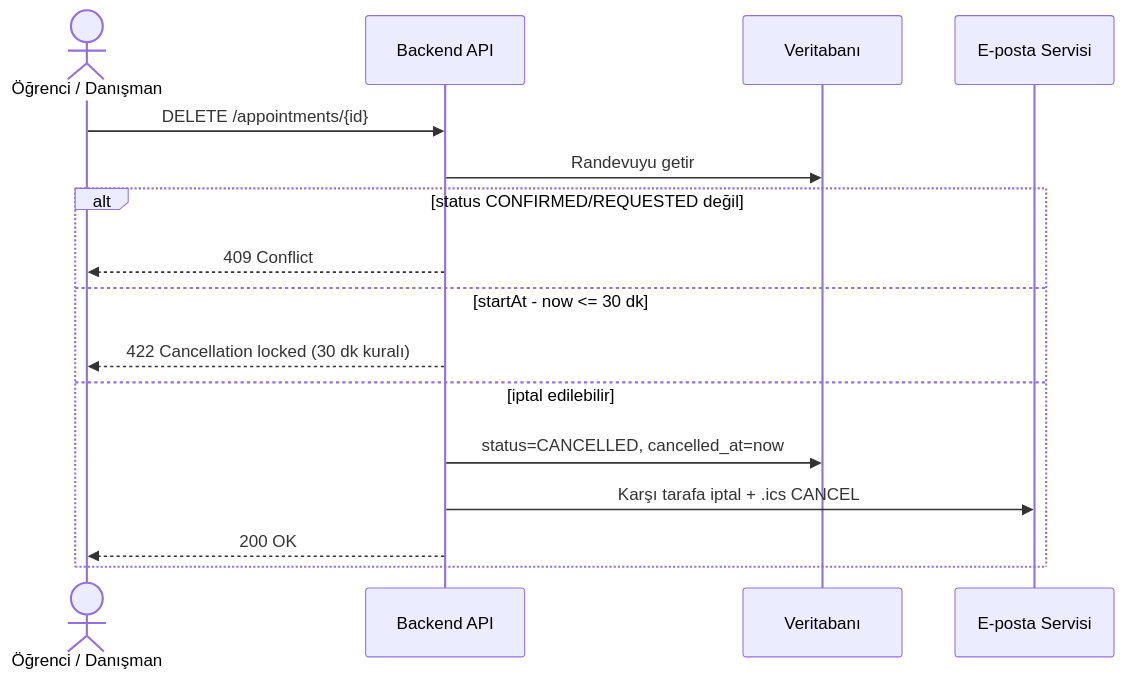
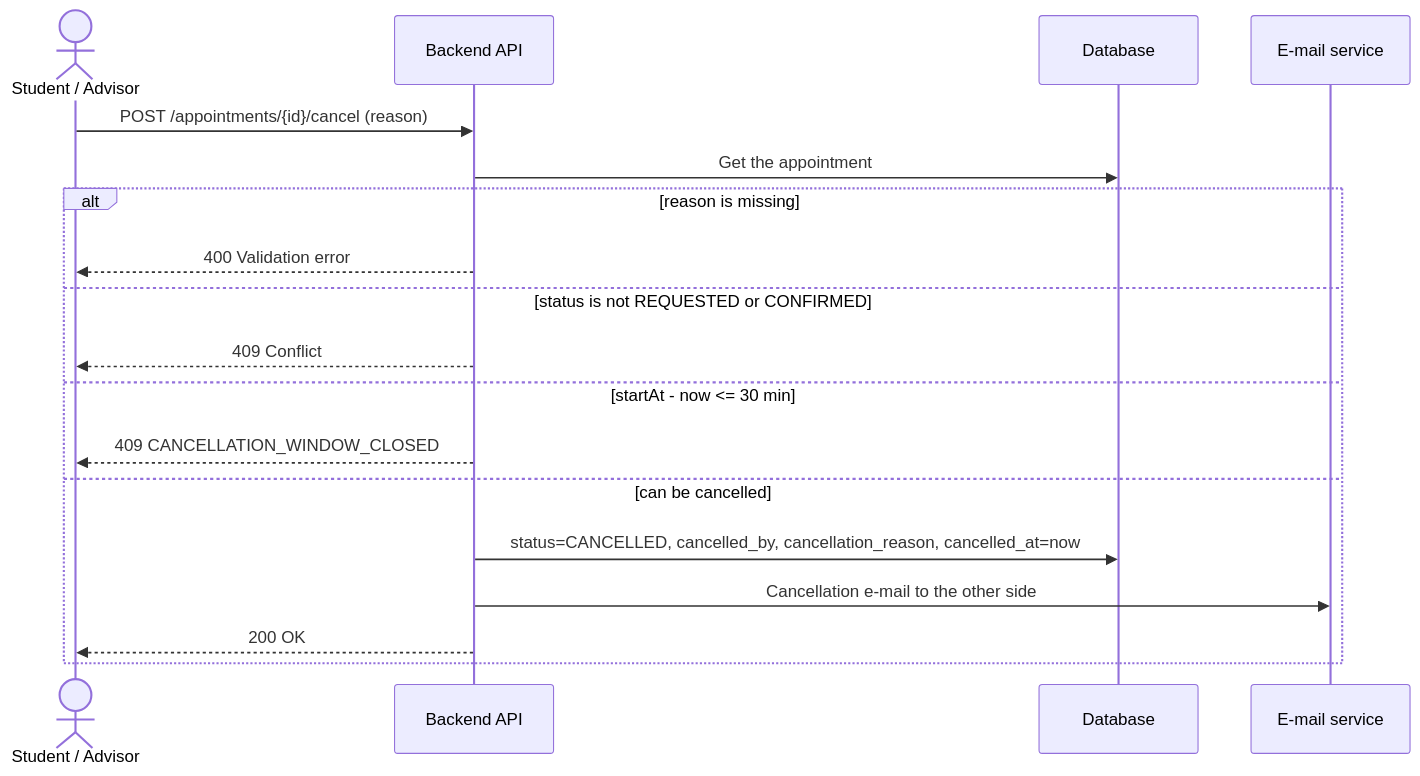
Before and after one commit to seng321-group8/SENG321-Project: the second of 4 diagrams in docs/architecture/appointment-change.md, drawn with Mermaid. The commit also changed other lines of this file, not shown here.

Commit message:
docs(architecture): align sequence diagrams with OpenAPI v0.5.0 (#68)

````diff
--- a/docs/architecture/appointment-change.md
+++ b/docs/architecture/appointment-change.md
@@ -42,19 +51,21 @@
 ```mermaid
 sequenceDiagram
-    actor U as Öğrenci / Danışman
+    actor U as Student / Advisor
     participant API as Backend API
-    participant DB as Veritabanı
-    participant Mail as E-posta Servisi
+    participant DB as Database
+    participant Mail as E-mail service
 
-    U->>API: DELETE /appointments/{id}
-    API->>DB: Randevuyu getir
-    alt status CONFIRMED/REQUESTED değil
+    U->>API: POST /appointments/{id}/cancel (reason)
+    API->>DB: Get the appointment
+    alt reason is missing
+        API-->>U: 400 Validation error
+    else status is not REQUESTED or CONFIRMED
         API-->>U: 409 Conflict
-    else startAt - now <= 30 dk
-        API-->>U: 422 Cancellation locked (30 dk kuralı)
-    else iptal edilebilir
-        API->>DB: status=CANCELLED, cancelled_at=now
-        API->>Mail: Karşı tarafa iptal + .ics CANCEL
+    else startAt - now <= 30 min
+        API-->>U: 409 CANCELLATION_WINDOW_CLOSED
+    else can be cancelled
+        API->>DB: status=CANCELLED, cancelled_by, cancellation_reason, cancelled_at=now
+        API->>Mail: Cancellation e-mail to the other side
         API-->>U: 200 OK
     end
 ```
````
